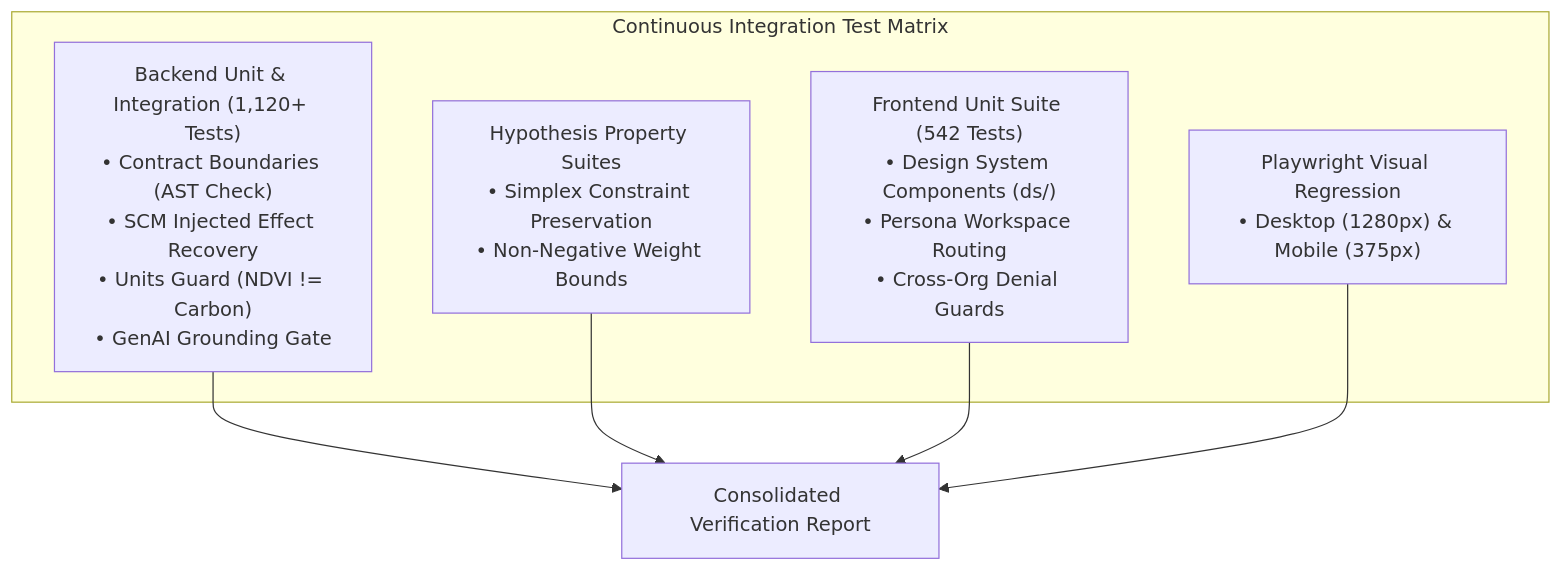
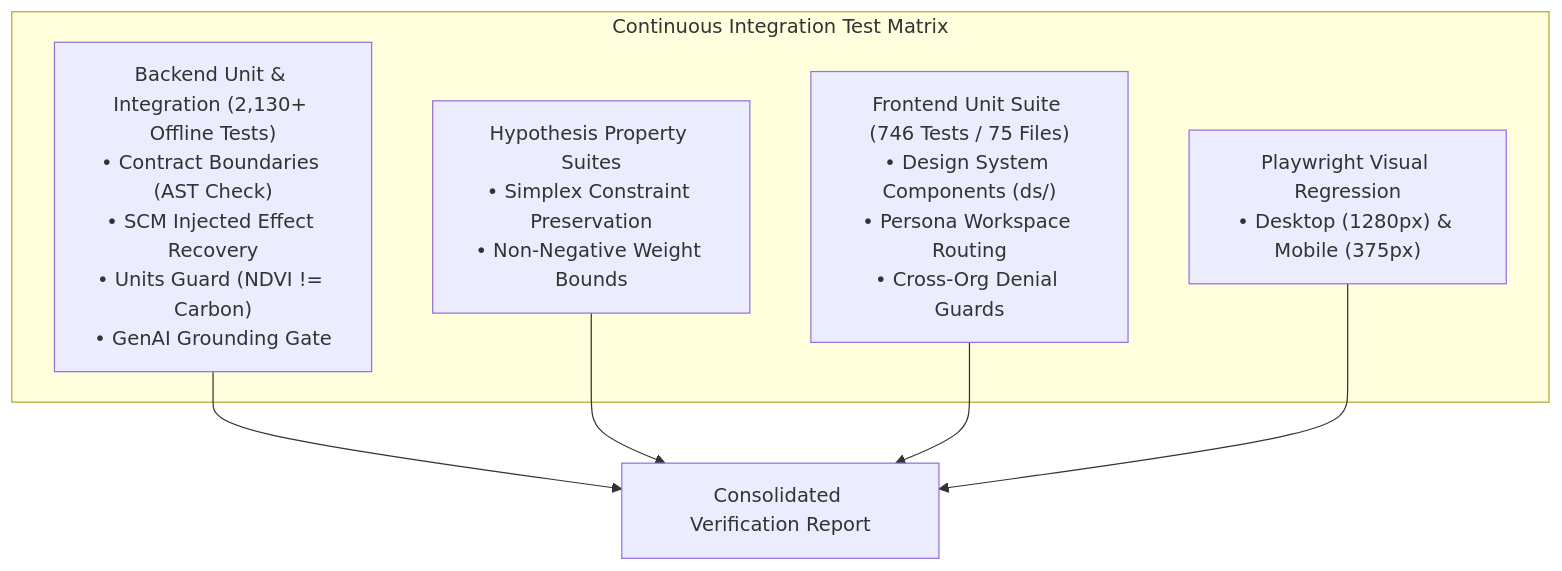
One commit to Viraj281105/GroundTruth changed the diagram in docs/testing.md. Above: the diagram before and after it, drawn with Mermaid. The commit also changed other lines of this file and 71 other files, not shown here.

````diff
--- a/docs/testing.md
+++ b/docs/testing.md
@@ -7,14 +7,14 @@
 ```mermaid
 graph TD
     subgraph TestExecution["Continuous Integration Test Matrix"]
-        Pytest["Backend Unit & Integration (1,120+ Tests)<br/>• Contract Boundaries (AST Check)<br/>• SCM Injected Effect Recovery<br/>• Units Guard (NDVI != Carbon)<br/>• GenAI Grounding Gate"]
+        Pytest["Backend Unit & Integration (2,130+ Offline Tests)<br/>• Contract Boundaries (AST Check)<br/>• SCM Injected Effect Recovery<br/>• Units Guard (NDVI != Carbon)<br/>• GenAI Grounding Gate"]
         Hypothesis["Hypothesis Property Suites<br/>• Simplex Constraint Preservation<br/>• Non-Negative Weight Bounds"]
-        FrontendVitest["Frontend Unit Suite (542 Tests)<br/>• Design System Components (ds/)<br/>• Persona Workspace Routing<br/>• Cross-Org Denial Guards"]
+        FrontendVitest["Frontend Unit Suite (746 Tests / 75 Files)<br/>• Design System Components (ds/)<br/>• Persona Workspace Routing<br/>• Cross-Org Denial Guards"]
         PlaywrightE2E["Playwright Visual Regression<br/>• Desktop (1280px) & Mobile (375px)"]
     end
 
     Pytest --> CIReport["Consolidated Verification Report"]
     Hypothesis --> CIReport
     FrontendVitest --> CIReport
     PlaywrightE2E --> CIReport
 ```
````
